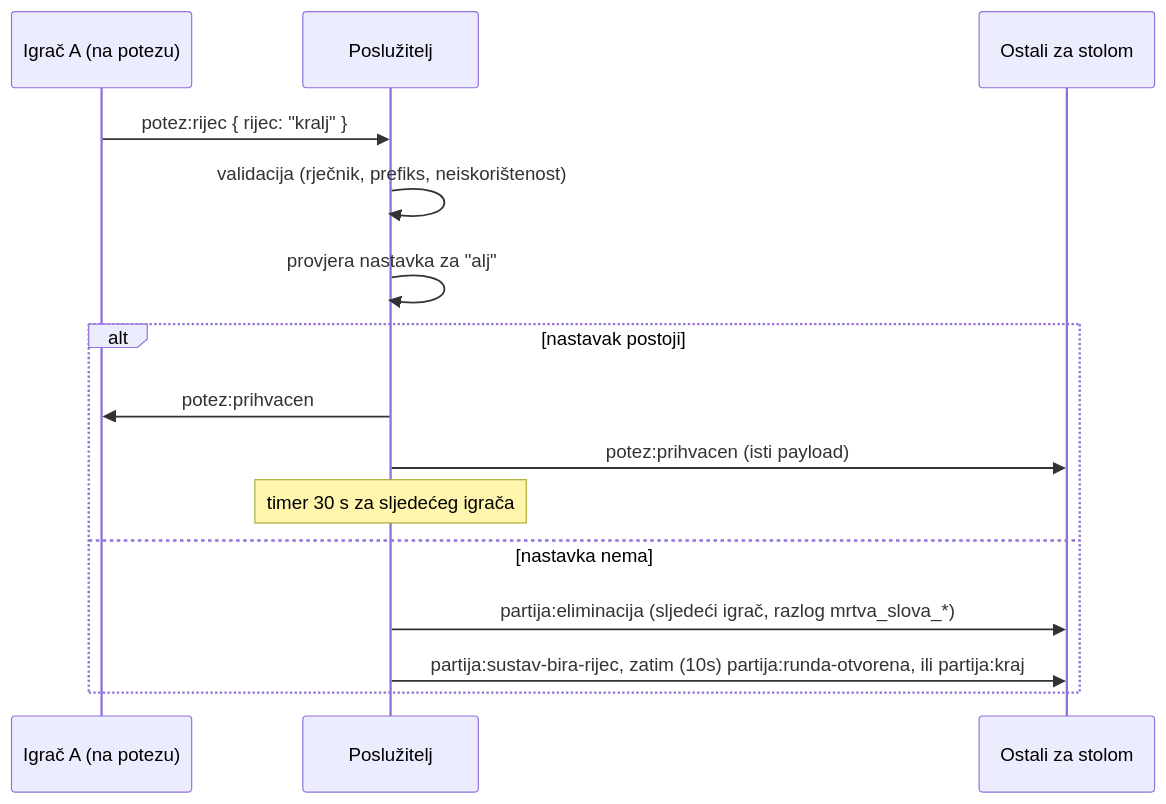
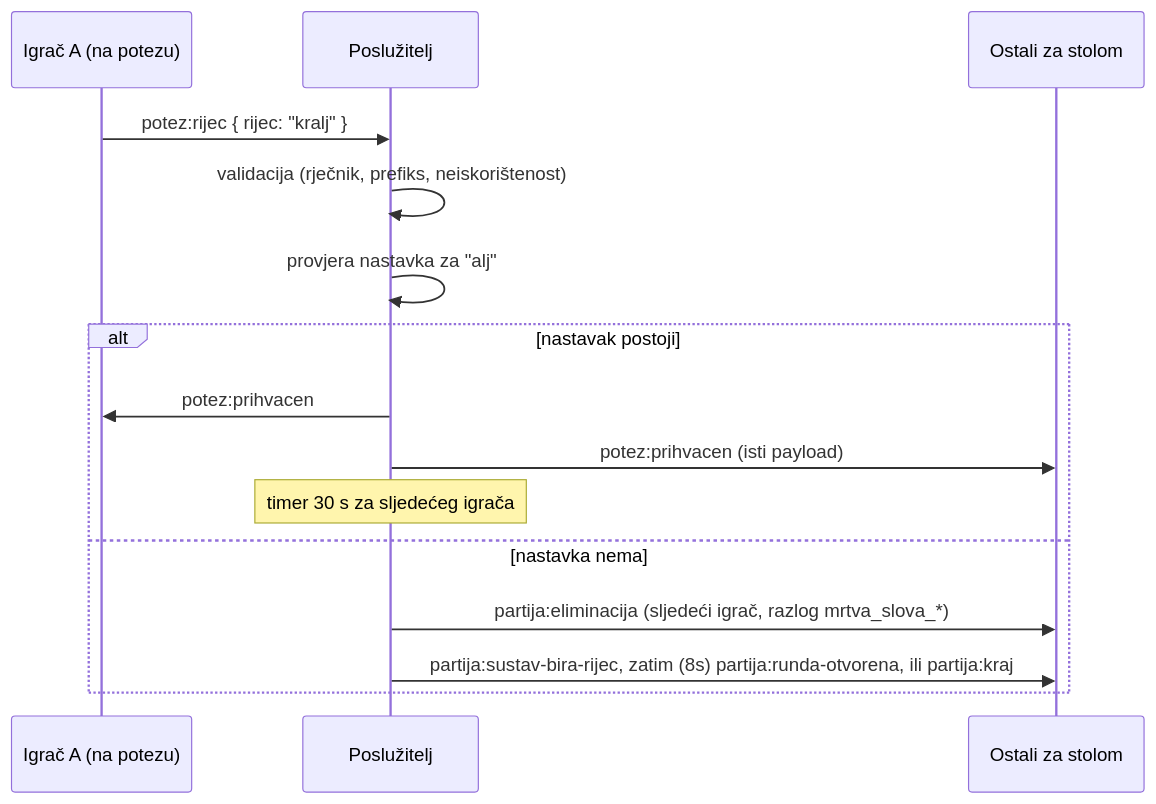
One commit to josipmestrovic/kaladont changed the second of 2 diagrams in docs/03-arhitektura/zivotni-ciklus-partije.md. Above: the diagram before and after it, drawn with Mermaid. The commit also changed other lines of this file and 14 other files, not shown here.

````diff
--- a/docs/03-arhitektura/zivotni-ciklus-partije.md
+++ b/docs/03-arhitektura/zivotni-ciklus-partije.md
@@ -36,17 +37,17 @@
 ```mermaid
 sequenceDiagram
     participant A as Igrač A (na potezu)
     participant S as Poslužitelj
     participant O as Ostali za stolom
     A->>S: potez:rijec { rijec: "kralj" }
     S->>S: validacija (rječnik, prefiks, neiskorištenost)
     S->>S: provjera nastavka za "alj"
     alt nastavak postoji
         S->>A: potez:prihvacen
         S->>O: potez:prihvacen (isti payload)
         Note over S: timer 30 s za sljedećeg igrača
     else nastavka nema
         S->>O: partija:eliminacija (sljedeći igrač, razlog mrtva_slova_*)
-        S->>O: partija:sustav-bira-rijec, zatim (10s) partija:runda-otvorena, ili partija:kraj
+        S->>O: partija:sustav-bira-rijec, zatim (8s) partija:runda-otvorena, ili partija:kraj
     end
 ```
````
